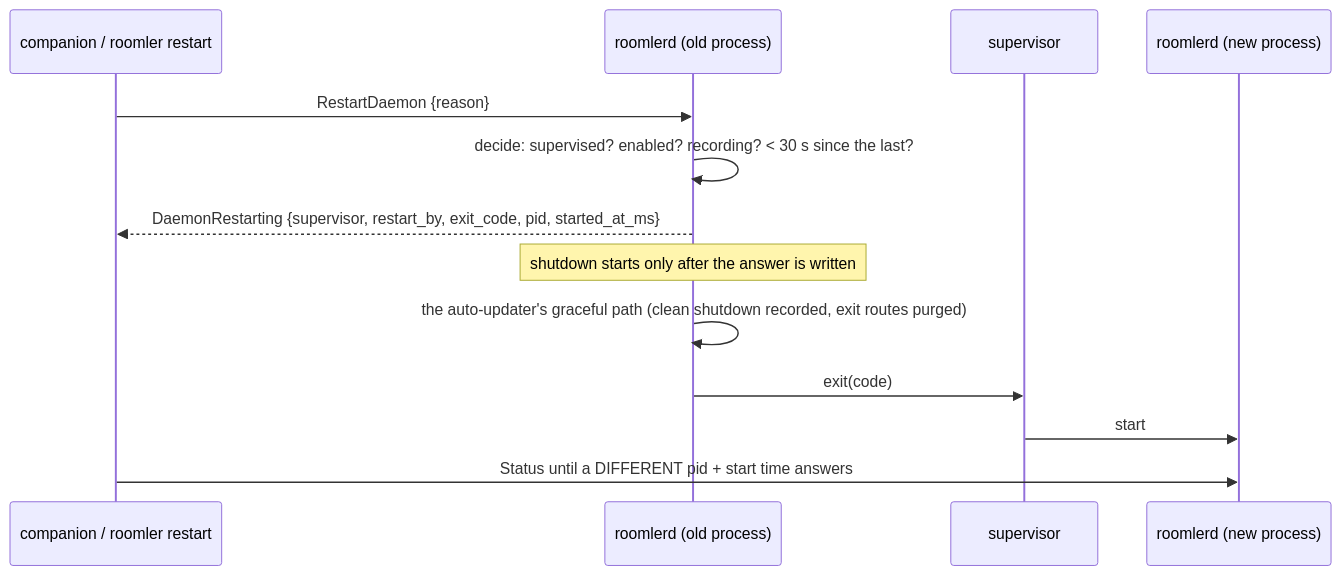
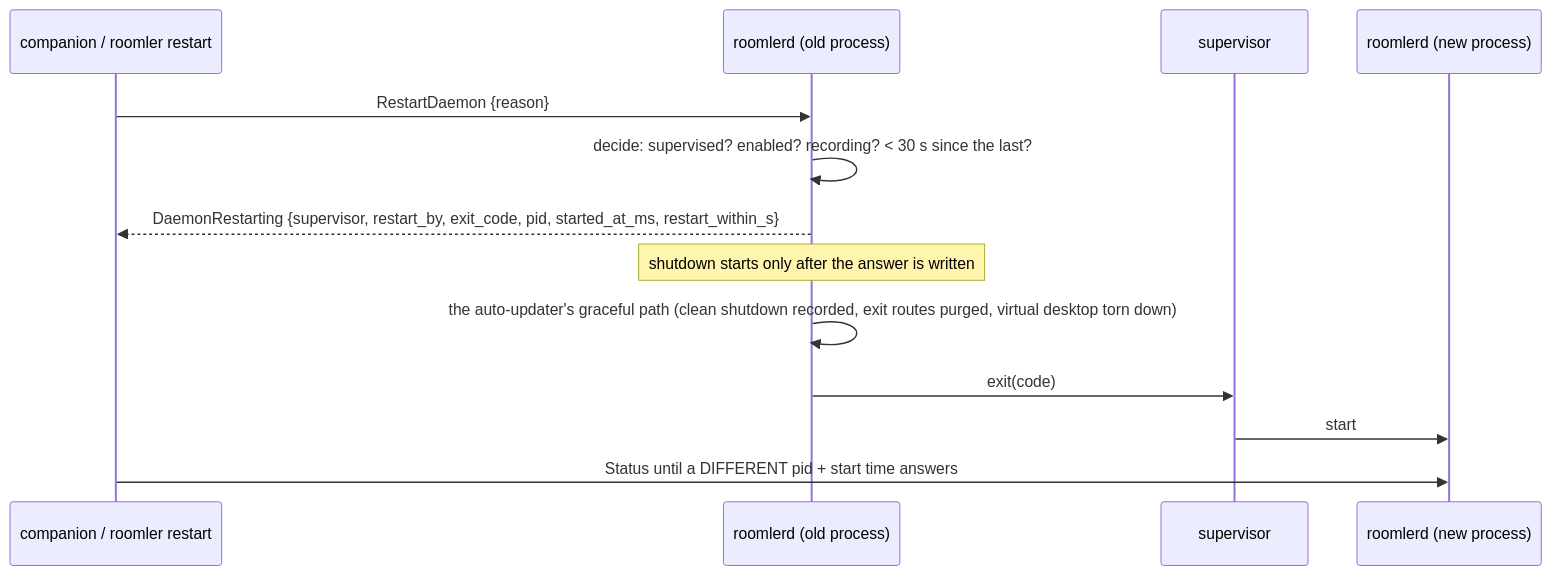
The fifth of 6 diagrams in docs/desktop-companion.md (gjovanov/roomler-ai), drawn with Mermaid before and after one commit. The commit also changed other lines of this file and 1 other file, not shown here.

First line of the commit message:
docs(1684): virtual-desktop teardown on exit + the supervisor-followed restart wait

````diff
--- a/docs/desktop-companion.md
+++ b/docs/desktop-companion.md
@@ -267,15 +267,15 @@
 ```mermaid
 sequenceDiagram
     participant C as companion / roomler restart
     participant D as roomlerd (old process)
     participant S as supervisor
     participant N as roomlerd (new process)
     C->>D: RestartDaemon {reason}
     D->>D: decide: supervised? enabled? recording? < 30 s since the last?
-    D-->>C: DaemonRestarting {supervisor, restart_by, exit_code, pid, started_at_ms}
+    D-->>C: DaemonRestarting {supervisor, restart_by, exit_code, pid, started_at_ms, restart_within_s}
     Note over D: shutdown starts only after the answer is written
-    D->>D: the auto-updater's graceful path (clean shutdown recorded, exit routes purged)
+    D->>D: the auto-updater's graceful path (clean shutdown recorded, exit routes purged, virtual desktop torn down)
     D->>S: exit(code)
     S->>N: start
     C->>N: Status until a DIFFERENT pid + start time answers
 ```
````
